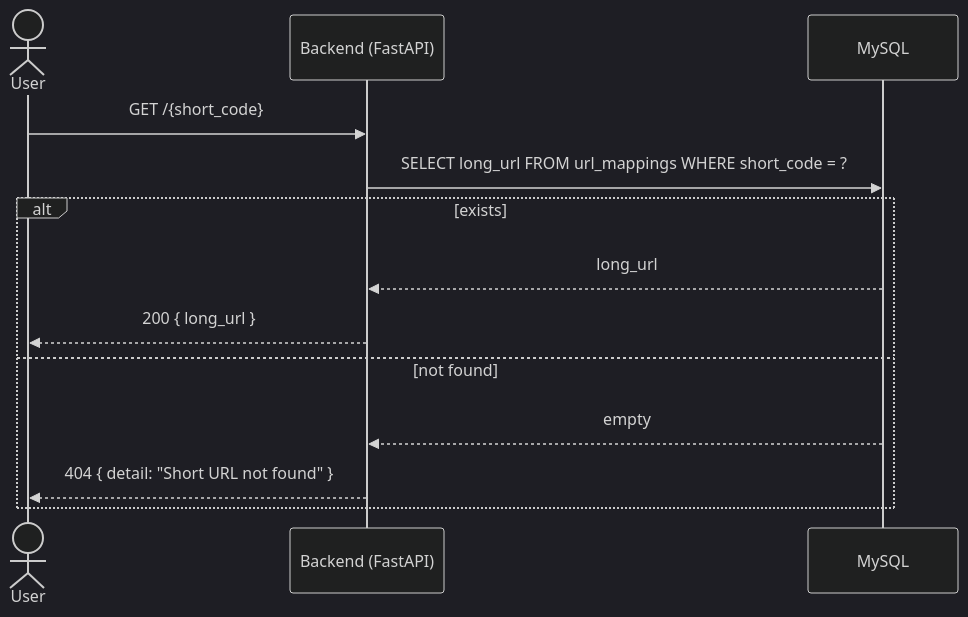
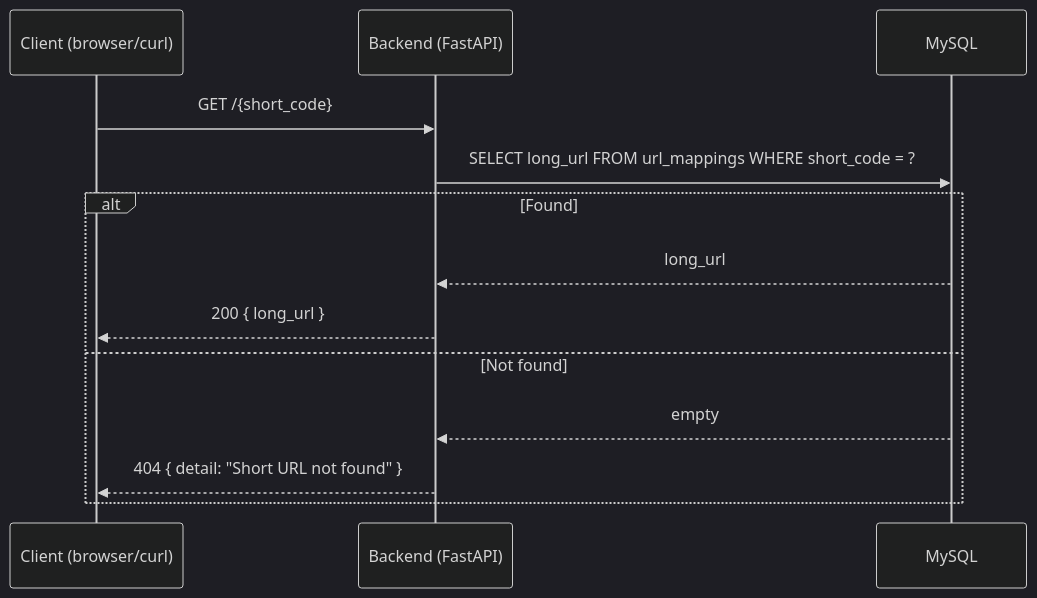
One commit to luiscanaveral/kata-testing changed the third of 6 diagrams in ARCHITECTURE.md. Above: the diagram before and after it, drawn with Mermaid (dark theme). The commit also changed other lines of this file and 1 other file, not shown here.

````diff
--- a/ARCHITECTURE.md
+++ b/ARCHITECTURE.md
@@ -69,16 +65,16 @@
 ```mermaid
 sequenceDiagram
-    actor U as User
-    participant API as Backend (FastAPI)
+    participant Client as Client (browser/curl)
+    participant Backend as Backend (FastAPI)
     participant DB as MySQL
 
-    U->>API: GET /{short_code}
-    API->>DB: SELECT long_url FROM url_mappings WHERE short_code = ?
-    alt exists
-        DB-->>API: long_url
-        API-->>U: 200 { long_url }
-    else not found
-        DB-->>API: empty
-        API-->>U: 404 { detail: "Short URL not found" }
+    Client->>Backend: GET /{short_code}
+    Backend->>DB: SELECT long_url FROM url_mappings WHERE short_code = ?
+    alt Found
+        DB-->>Backend: long_url
+        Backend-->>Client: 200 { long_url }
+    else Not found
+        DB-->>Backend: empty
+        Backend-->>Client: 404 { detail: "Short URL not found" }
     end
 ```
````
